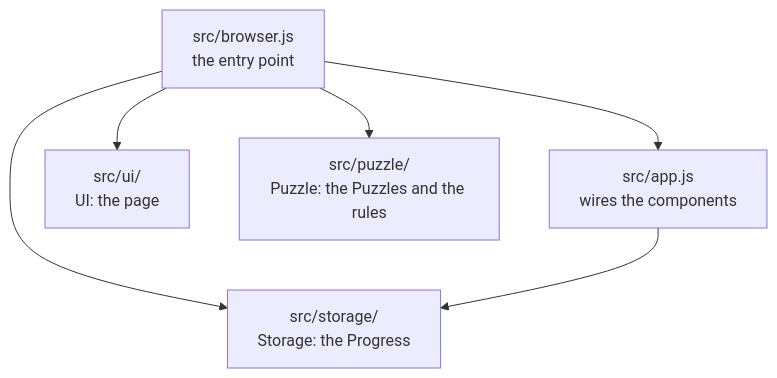
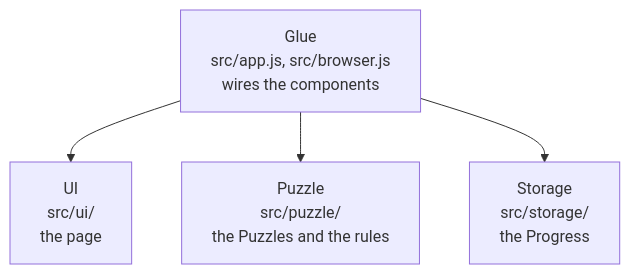
One commit to treetopbottle/molecuzzle changed the diagram in README.md. Above: the diagram before and after it, drawn with Mermaid. The commit also changed other lines of this file, not shown here.

Commit message:
docs: show the Glue on top of the components again in the README's diagram, as not a component

````diff
--- a/README.md
+++ b/README.md
@@ -50,14 +50,11 @@
 ```mermaid
 flowchart TD
-  browser["src/browser.js<br/>the entry point"]
-  app["src/app.js<br/>wires the components"]
-  ui["src/ui/<br/>UI: the page"]
-  puzzle["src/puzzle/<br/>Puzzle: the Puzzles and the rules"]
-  storage["src/storage/<br/>Storage: the Progress"]
+  glue["Glue<br/>src/app.js, src/browser.js<br/>wires the components"]
+  ui["UI<br/>src/ui/<br/>the page"]
+  puzzle["Puzzle<br/>src/puzzle/<br/>the Puzzles and the rules"]
+  storage["Storage<br/>src/storage/<br/>the Progress"]
 
-  browser --> app
-  browser --> ui
-  browser --> puzzle
-  browser --> storage
-  app --> storage
+  glue --> ui
+  glue --> puzzle
+  glue --> storage
 ```
````
